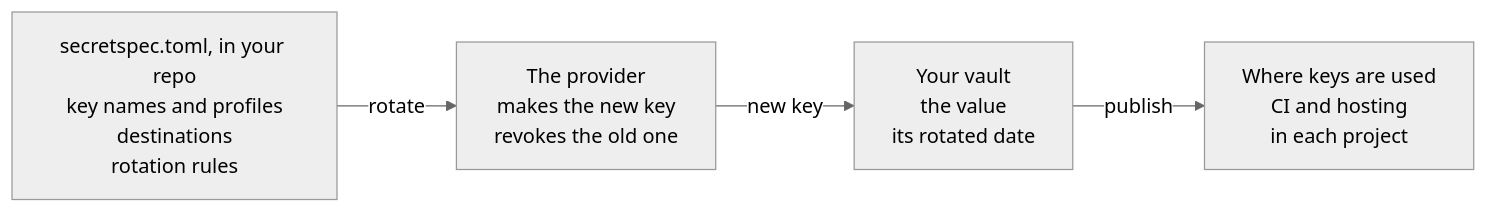
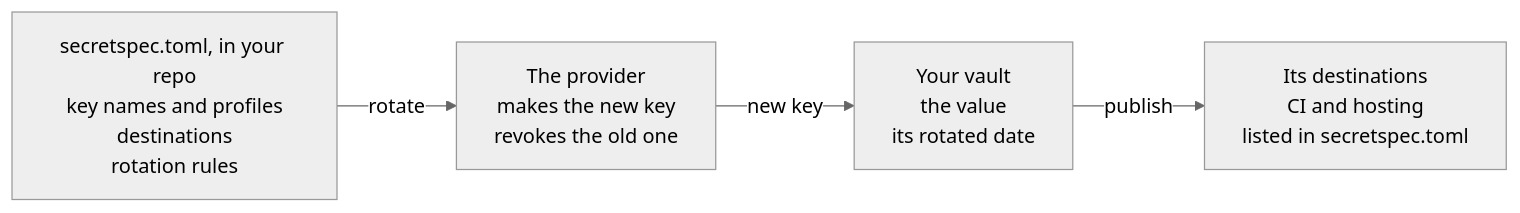
The diagram in docs/introduction/how-it-works.md (caiopizzol/keypin), drawn with Mermaid (neutral theme) before and after one commit. The commit also changed other lines of this file and 6 other files, not shown here.

First line of the commit message:
docs: rotate covers one project and profile, onboarding ends ready to publish, and revoke waits for consumers

````diff
--- a/docs/introduction/how-it-works.md
+++ b/docs/introduction/how-it-works.md
@@ -7,6 +7,6 @@
 ```mermaid
 flowchart LR
   map["secretspec.toml, in your repo<br>key names and profiles<br>destinations<br>rotation rules"] -- rotate --> provider["The provider<br>makes the new key<br>revokes the old one"]
   provider -- new key --> vault["Your vault<br>the value<br>its rotated date"]
-  vault -- publish --> used["Where keys are used<br>CI and hosting<br>in each project"]
+  vault -- publish --> used["Its destinations<br>CI and hosting<br>listed in secretspec.toml"]
 ```
````
